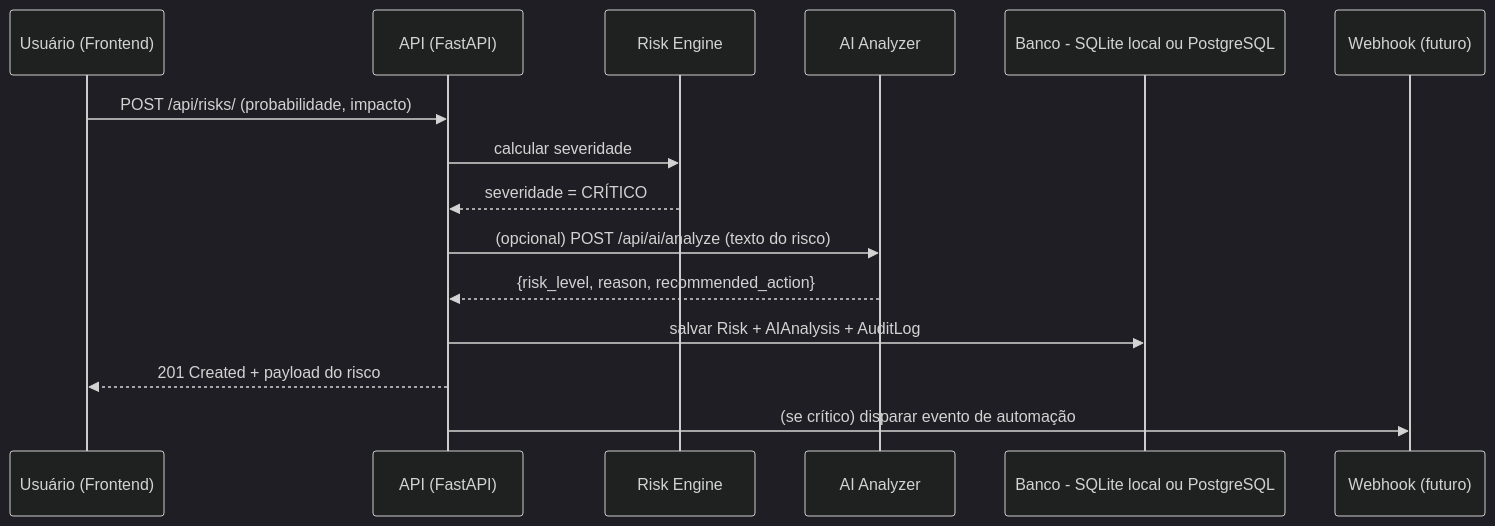
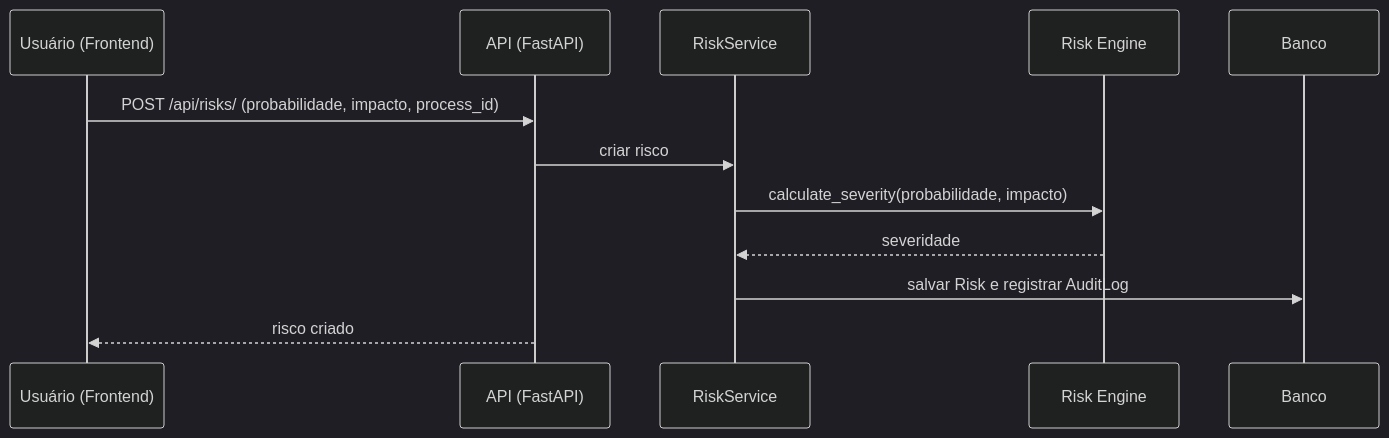
Before and after one commit to Kayque2203/nexus-risk-platform: the second of 3 diagrams in docs/ARCHITECTURE.md, drawn with Mermaid (dark theme). The commit also changed other lines of this file, not shown here.

Commit message:
Corrige secao de fluxos de dados da ARCHITECTURE.md

````diff
--- a/docs/ARCHITECTURE.md
+++ b/docs/ARCHITECTURE.md
@@ -165,18 +167,15 @@
 ```mermaid
 sequenceDiagram
     participant U as Usuário (Frontend)
     participant A as API (FastAPI)
+    participant S as RiskService
     participant R as Risk Engine
-    participant AI as AI Analyzer
-    participant D as Banco - SQLite local ou PostgreSQL
-    participant W as Webhook (futuro)
+    participant D as Banco
 
-    U->>A: POST /api/risks/ (probabilidade, impacto)
-    A->>R: calcular severidade
-    R-->>A: severidade = CRÍTICO
-    A->>AI: (opcional) POST /api/ai/analyze (texto do risco)
-    AI-->>A: {risk_level, reason, recommended_action}
-    A->>D: salvar Risk + AIAnalysis + AuditLog
-    A-->>U: 201 Created + payload do risco
-    A->>W: (se crítico) disparar evento de automação
+    U->>A: POST /api/risks/ (probabilidade, impacto, process_id)
+    A->>S: criar risco
+    S->>R: calculate_severity(probabilidade, impacto)
+    R-->>S: severidade
+    S->>D: salvar Risk e registrar AuditLog
+    A-->>U: risco criado
 ```
````
